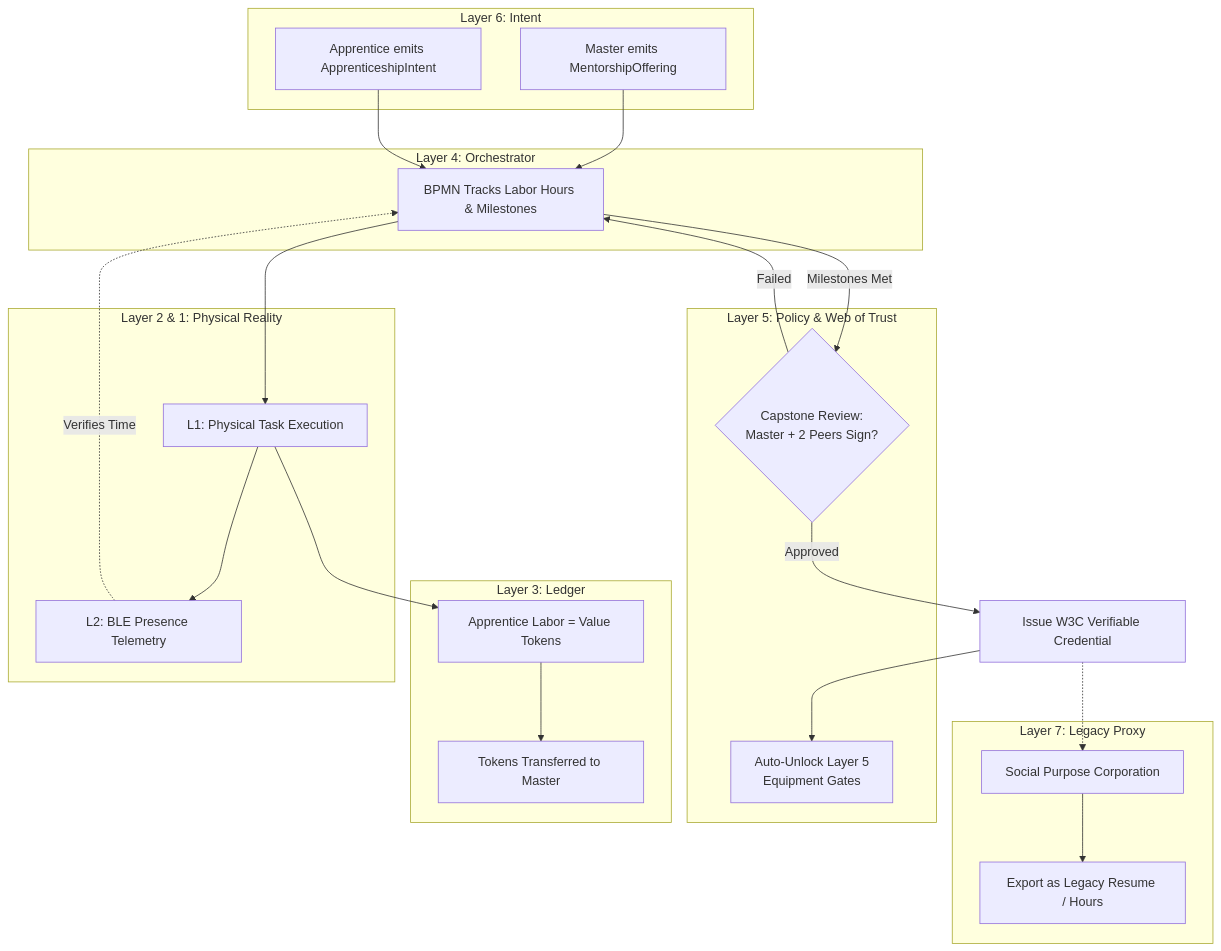
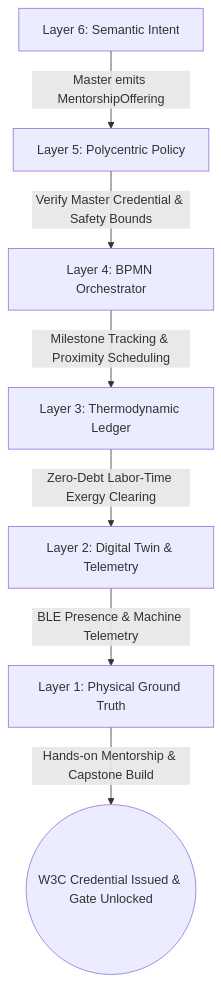
The first of 4 diagrams in docs/scenarios/kappa_apprenticeship.md (raffaine/collective), drawn with Mermaid before and after one commit. The commit also changed other lines of this file and 62 other files, not shown here.

First line of the commit message:
feat(sprint-1): Oasis V4 WebGPU Engine & Sovereign Stack V2 Architecture

````diff
--- a/docs/scenarios/kappa_apprenticeship.md
+++ b/docs/scenarios/kappa_apprenticeship.md
@@ -44,50 +37,9 @@
 ```mermaid
 graph TD
-    subgraph Layer 7: Legacy Proxy
-        Resume[Export as Legacy Resume / Hours]
-        SPC[Social Purpose Corporation]
-    end
-
-    subgraph Layer 6: Intent
-        Master[Master emits MentorshipOffering]
-        Apprentice[Apprentice emits ApprenticeshipIntent]
-    end
-
-    subgraph Layer 5: Policy & Web of Trust
-        MultiSig{Capstone Review: <br> Master + 2 Peers Sign?}
-        Unlock[Auto-Unlock Layer 5 <br> Equipment Gates]
-    end
-
-    subgraph Layer 4: Orchestrator
-        Track[BPMN Tracks Labor Hours & Milestones]
-    end
-
-    subgraph Layer 3: Ledger
-        Labor[Apprentice Labor = Value Tokens]
-        Transfer[Tokens Transferred to Master]
-    end
-
-    subgraph Layer 2 & 1: Physical Reality
-        L2[L2: BLE Presence Telemetry]
-        L1[L1: Physical Task Execution]
-    end
-
-    %% Flow
-    Master --> Track
-    Apprentice --> Track
-    
-    Track --> L1
-    L1 --> L2
-    L2 -.->|Verifies Time| Track
-    
-    L1 --> Labor
-    Labor --> Transfer
-    
-    Track -->|Milestones Met| MultiSig
-    MultiSig -->|Approved| Mint[Issue W3C Verifiable Credential]
-    MultiSig -->|Failed| Track
-    
-    Mint --> Unlock
-    Mint -.-> SPC
-    SPC --> Resume
+    L6[Layer 6: Semantic Intent] -->|Master emits MentorshipOffering| L5[Layer 5: Polycentric Policy]
+    L5 -->|Verify Master Credential & Safety Bounds| L4[Layer 4: BPMN Orchestrator]
+    L4 -->|Milestone Tracking & Proximity Scheduling| L3[Layer 3: Thermodynamic Ledger]
+    L3 -->|Zero-Debt Labor-Time Exergy Clearing| L2[Layer 2: Digital Twin & Telemetry]
+    L2 -->|BLE Presence & Machine Telemetry| L1[Layer 1: Physical Ground Truth]
+    L1 -->|Hands-on Mentorship & Capstone Build| End((W3C Credential Issued & Gate Unlocked))
 ```
````
